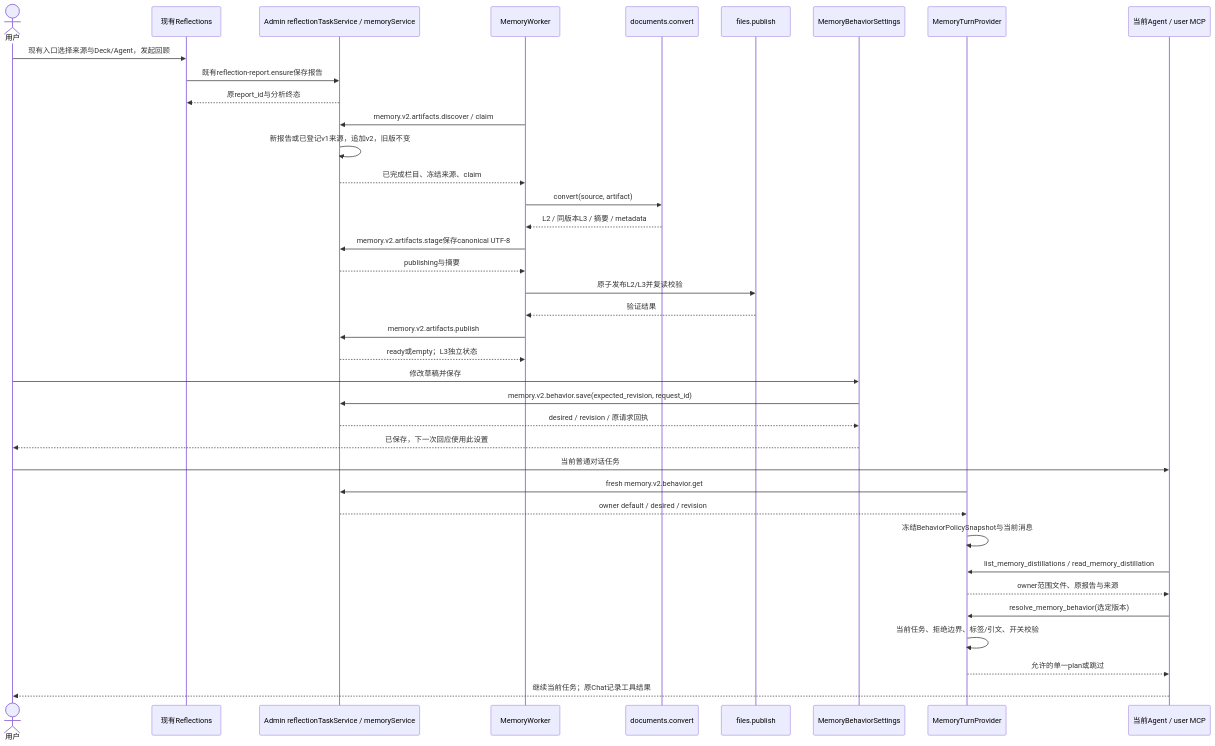
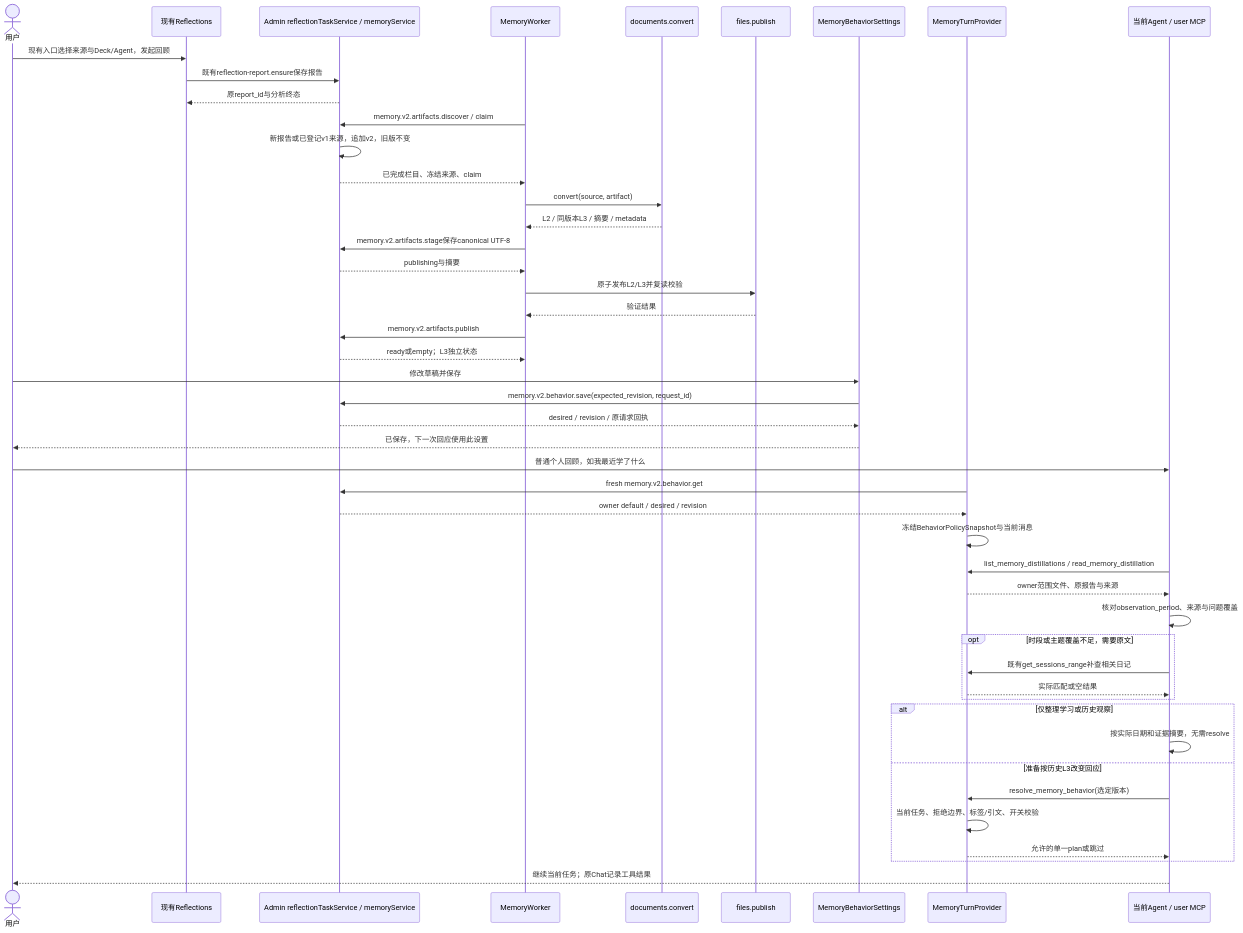
Before and after one commit to glide-the/im-dream: the first of 3 diagrams in docs/design/memory/reflections-agent-memory-interaction-design.md, drawn with Mermaid. The commit also changed other lines of this file and 13 other files, not shown here.

````diff
--- a/docs/design/memory/reflections-agent-memory-interaction-design.md
+++ b/docs/design/memory/reflections-agent-memory-interaction-design.md
@@ -139,40 +148,49 @@
 ```mermaid
 sequenceDiagram
     actor U as 用户
     participant R as 现有Reflections
     participant A as Admin reflectionTaskService / memoryService
     participant W as MemoryWorker
     participant D as documents.convert
     participant F as files.publish
     participant S as MemoryBehaviorSettings
     participant H as MemoryTurnProvider
     participant M as 当前Agent / user MCP
     U->>R: 现有入口选择来源与Deck/Agent，发起回顾
     R->>A: 既有reflection-report.ensure保存报告
     A-->>R: 原report_id与分析终态
     W->>A: memory.v2.artifacts.discover / claim
     A->>A: 新报告或已登记v1来源，追加v2，旧版不变
     A-->>W: 已完成栏目、冻结来源、claim
     W->>D: convert(source, artifact)
     D-->>W: L2 / 同版本L3 / 摘要 / metadata
     W->>A: memory.v2.artifacts.stage保存canonical UTF-8
     A-->>W: publishing与摘要
     W->>F: 原子发布L2/L3并复读校验
     F-->>W: 验证结果
     W->>A: memory.v2.artifacts.publish
     A-->>W: ready或empty；L3独立状态
     U->>S: 修改草稿并保存
     S->>A: memory.v2.behavior.save(expected_revision, request_id)
     A-->>S: desired / revision / 原请求回执
     S-->>U: 已保存，下一次回应使用此设置
-    U->>M: 当前普通对话任务
+    U->>M: 普通个人回顾，如我最近学了什么
     H->>A: fresh memory.v2.behavior.get
     A-->>H: owner default / desired / revision
     H->>H: 冻结BehaviorPolicySnapshot与当前消息
     M->>H: list_memory_distillations / read_memory_distillation
     H-->>M: owner范围文件、原报告与来源
-    M->>H: resolve_memory_behavior(选定版本)
-    H->>H: 当前任务、拒绝边界、标签/引文、开关校验
-    H-->>M: 允许的单一plan或跳过
+    M->>M: 核对observation_period、来源与问题覆盖
+    opt 时段或主题覆盖不足，需要原文
+        M->>H: 既有get_sessions_range补查相关日记
+        H-->>M: 实际匹配或空结果
+    end
+    alt 仅整理学习或历史观察
+        M->>M: 按实际日期和证据摘要，无需resolve
+    else 准备按历史L3改变回应
+        M->>H: resolve_memory_behavior(选定版本)
+        H->>H: 当前任务、拒绝边界、标签/引文、开关校验
+        H-->>M: 允许的单一plan或跳过
+    end
     M-->>U: 继续当前任务；原Chat记录工具结果
 ```
````
